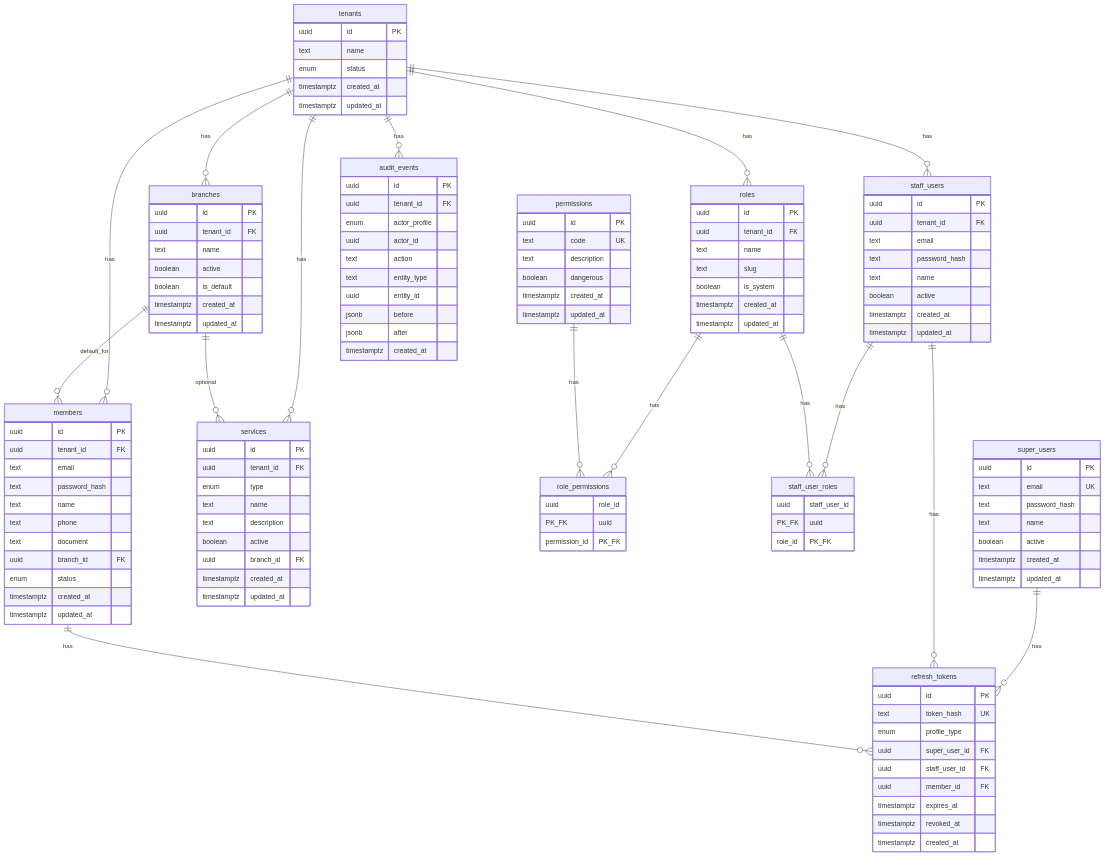
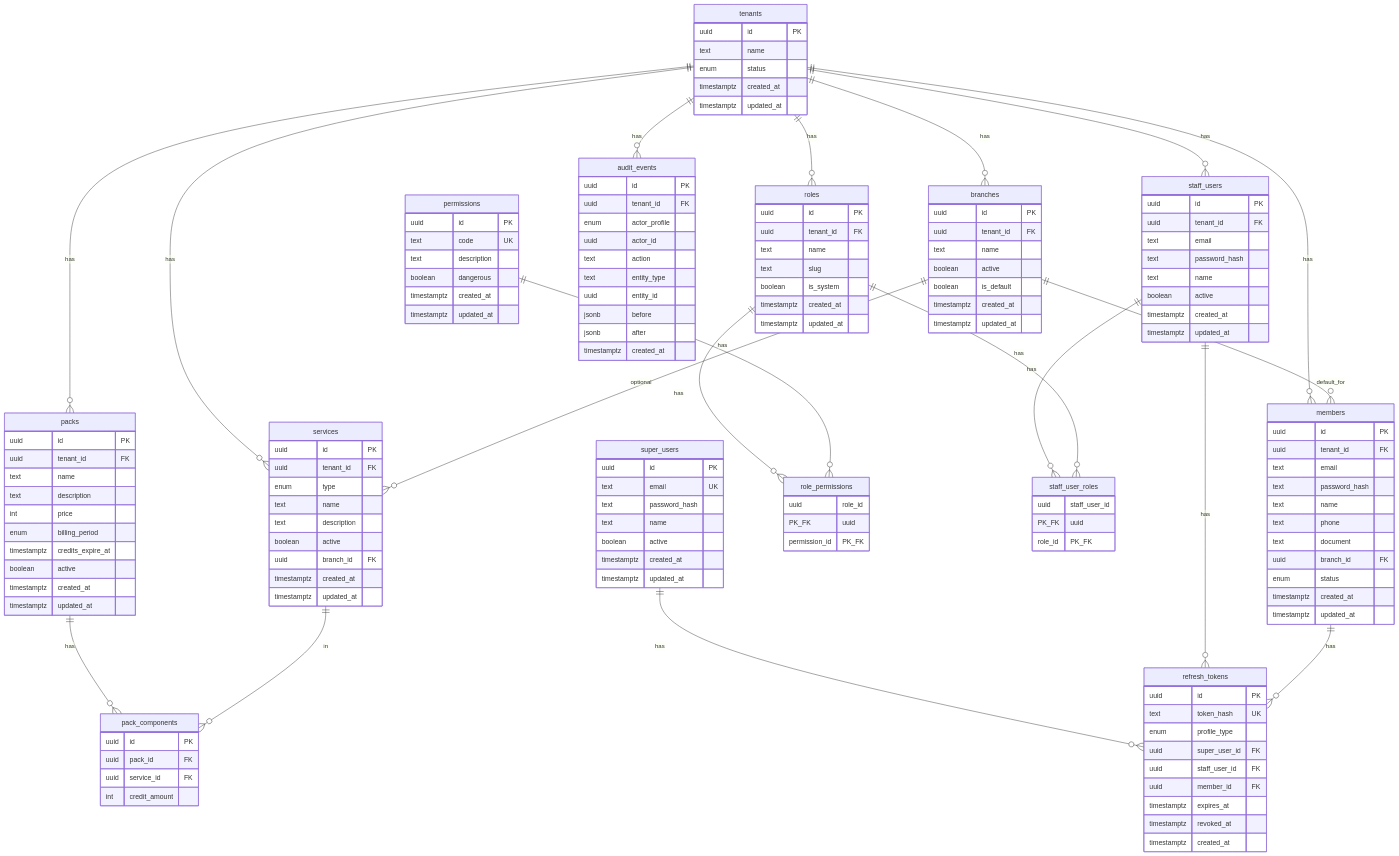
One commit to LucianoMocchegiani/gym-bro changed the diagram in docs/09-esquema-db.md. Above: the diagram before and after it, drawn with Mermaid. The commit also changed other lines of this file and 16 other files, not shown here.

First line of the commit message:
feat(api): add catalog packs with components and expiry

```diff
--- a/docs/09-esquema-db.md
+++ b/docs/09-esquema-db.md
@@ -29,6 +29,9 @@
   tenants ||--o{ members : has
   tenants ||--o{ branches : has
   tenants ||--o{ roles : has
+  tenants ||--o{ packs : has
+  packs ||--o{ pack_components : has
+  services ||--o{ pack_components : in
   tenants ||--o{ services : has
   branches ||--o{ services : optional
   tenants ||--o{ audit_events : has
@@ -148,6 +151,26 @@
     timestamptz updated_at
   }
 
+  packs {
+    uuid id PK
+    uuid tenant_id FK
+    text name
+    text description
+    int price
+    enum billing_period
+    timestamptz credits_expire_at
+    boolean active
+    timestamptz created_at
+    timestamptz updated_at
+  }
+
+  pack_components {
+    uuid id PK
+    uuid pack_id FK
+    uuid service_id FK
+    int credit_amount
+  }
+
   refresh_tokens {
     uuid id PK
     text token_hash UK
```
